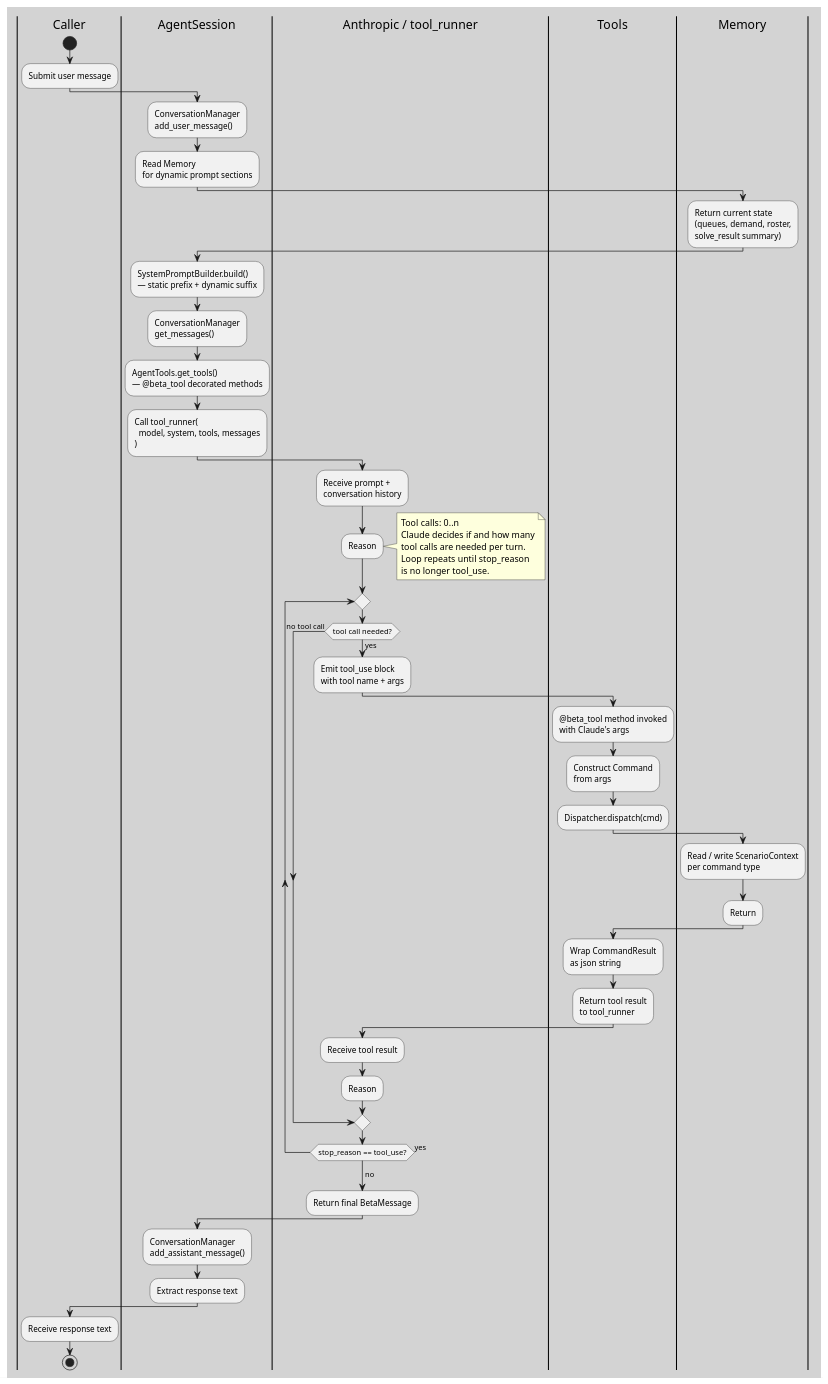
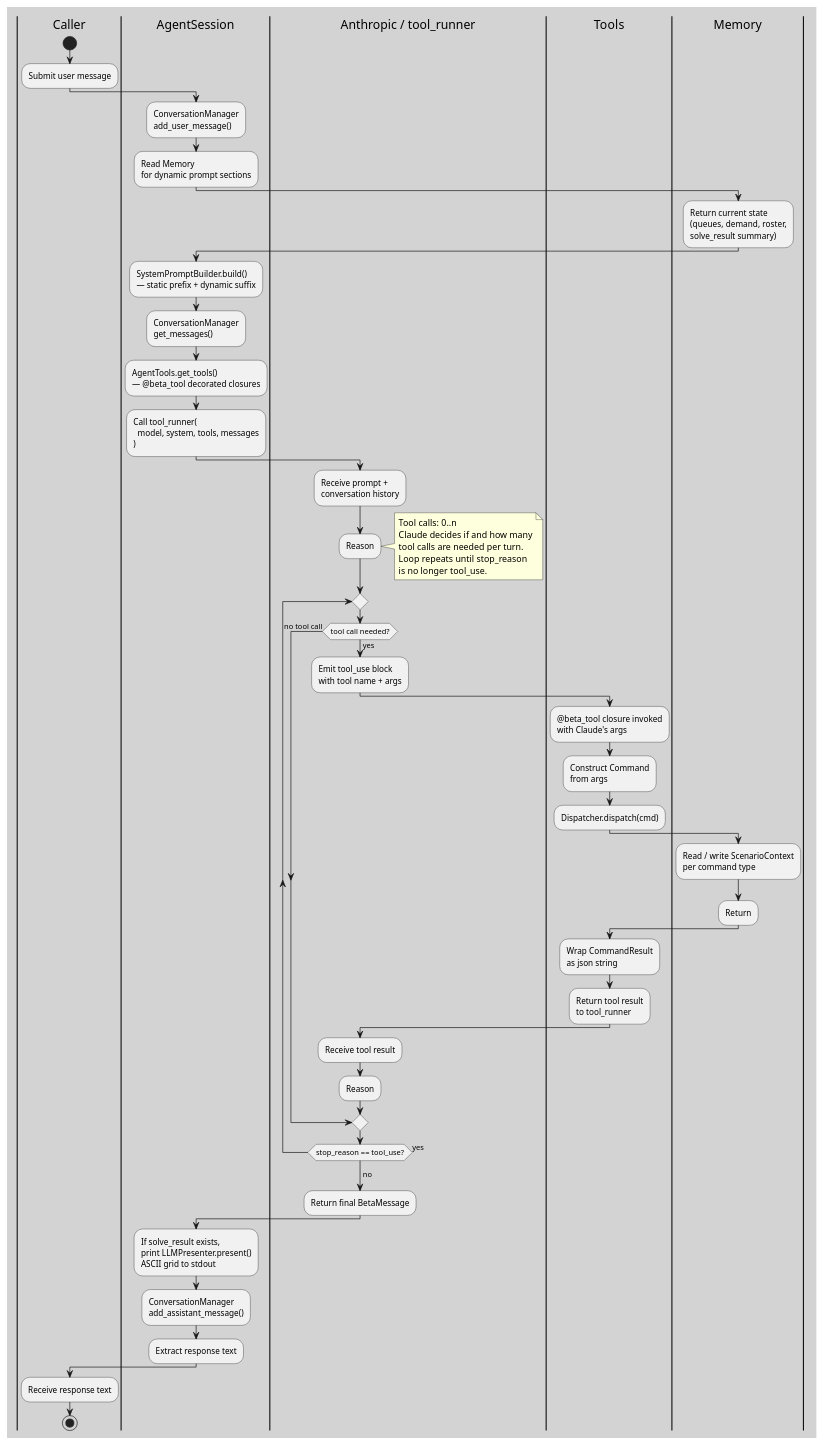
One commit to neon-tetra/schedule-architect changed the diagram in docs/uml/agent_activity_classes.puml. Above: the diagram before and after it, drawn with PlantUML. The commit also changed 5 other files, not shown here.

Commit message:
Update UML diagrams for latest domain engine and agent changes

```diff
--- a/docs/uml/agent_activity_classes.puml
+++ b/docs/uml/agent_activity_classes.puml
@@ -1,80 +1,83 @@
 @startuml agent_activity
 
 skinparam backgroundColor #D3D3D3
 skinparam defaultFontName Segoe UI
 
 |Caller|
 |AgentSession|
 |Anthropic / tool_runner|
 |Tools|
 |Memory|
 
 |Caller|
 start
 :Submit user message;
 
 |AgentSession|
 :ConversationManager\nadd_user_message();
 :Read Memory\nfor dynamic prompt sections;
 
 |Memory|
 :Return current state\n(queues, demand, roster,\nsolve_result summary);
 
 |AgentSession|
 :SystemPromptBuilder.build()\n— static prefix + dynamic suffix;
 :ConversationManager\nget_messages();
-:AgentTools.get_tools()\n— @beta_tool decorated methods;
+:AgentTools.get_tools()\n— @beta_tool decorated closures;
 :Call tool_runner(\n  model, system, tools, messages\n);
 
 |Anthropic / tool_runner|
 :Receive prompt +\nconversation history;
 :Reason;
 
 note right
   Tool calls: 0..n
   Claude decides if and how many
   tool calls are needed per turn.
   Loop repeats until stop_reason
   is no longer tool_use.
 end note
 
 repeat
 
   if (tool call needed?) then (yes)
     :Emit tool_use block\nwith tool name + args;
 
     |Tools|
-    :@beta_tool method invoked\nwith Claude's args;
+    :@beta_tool closure invoked\nwith Claude's args;
     :Construct Command\nfrom args;
     :Dispatcher.dispatch(cmd);
 
     |Memory|
     :Read / write ScenarioContext\nper command type;
     :Return;
 
     |Tools|
     :Wrap CommandResult\nas json string;
+    ' deferred: add_to_roster
+    ' deferred: subtract_from_roster
     :Return tool result\nto tool_runner;
 
     |Anthropic / tool_runner|
     :Receive tool result;
     :Reason;
 
   else (no tool call)
 
   endif
 
 repeat while (stop_reason == tool_use?) is (yes)
 -> no;
 
 :Return final BetaMessage;
 
 |AgentSession|
+:If solve_result exists,\nprint LLMPresenter.present()\nASCII grid to stdout;
 :ConversationManager\nadd_assistant_message();
 :Extract response text;
 
 |Caller|
 :Receive response text;
 stop
 
 @enduml
```
